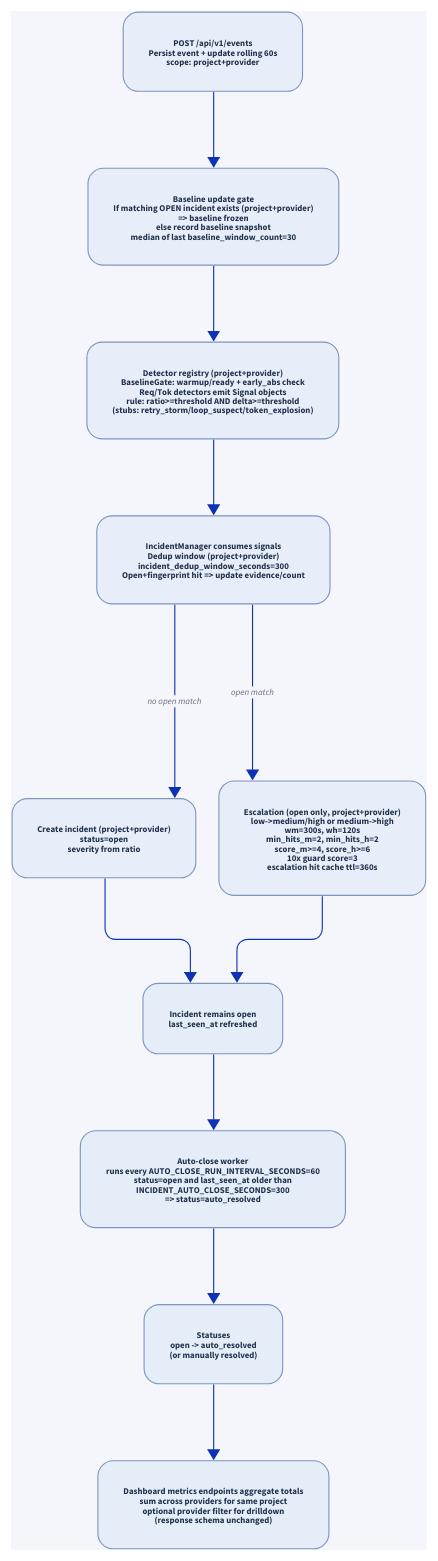
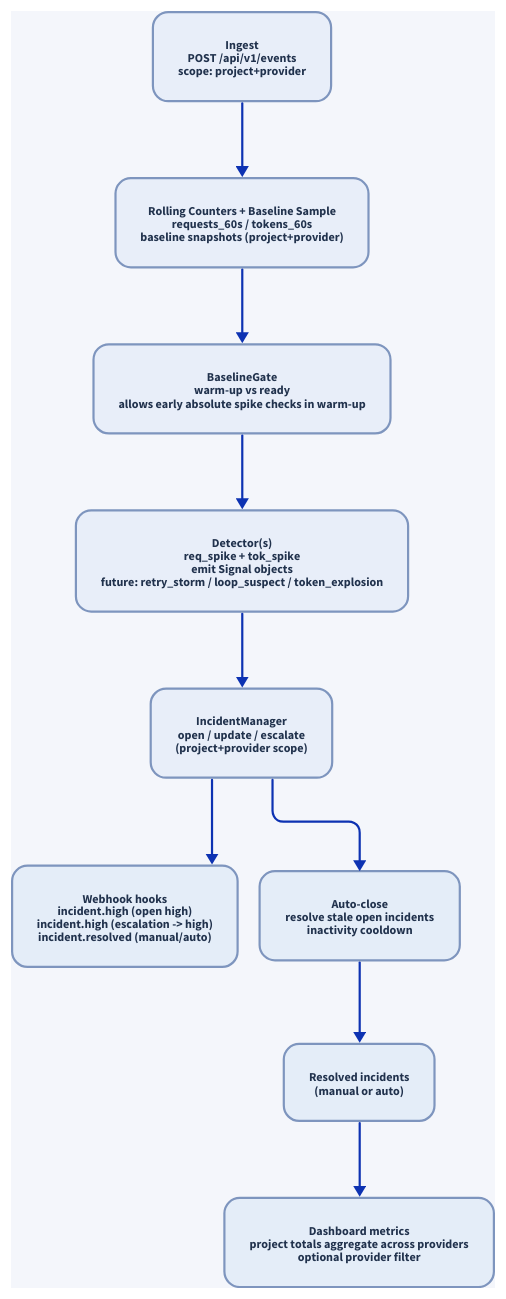
The diagram in docs/architecture/incident_flow.d2 (MichaelTelvin/Rheonic), drawn with D2 before and after one commit. The commit also changed 16 other files, not shown here.

```diff
--- a/docs/architecture/incident_flow.d2
+++ b/docs/architecture/incident_flow.d2
@@ -1,184 +1,112 @@
 direction: down
 
 vars: {
   d2-config: {
     pad: 22
     sketch: false
     layout-engine: elk
   }
 }
 
 style: {
   fill: "#f4f6fb"
 }
 
-ingest: "POST /api/v1/events\nPersist event + update rolling 60s\nscope: project+provider" {
+ingest: "Ingest\nPOST /api/v1/events\nscope: project+provider" {
   style: {
     fill: "#e8eef9"
     stroke: "#7e95be"
     font-color: "#21324d"
     border-radius: 14
-    font-size: 8
-    stroke-width: 1
+    font-size: 11
   }
 }
 
-baseline: "Baseline update gate\nIf matching OPEN incident exists (project+provider)\n=> baseline frozen\nelse record baseline snapshot\nmedian of last baseline_window_count=30" {
+counters: "Rolling Counters + Baseline Sample\nrequests_60s / tokens_60s\nbaseline snapshots (project+provider)" {
   style: {
     fill: "#e8eef9"
     stroke: "#7e95be"
     font-color: "#21324d"
     border-radius: 14
-    font-size: 8
-    stroke-width: 1
+    font-size: 11
   }
 }
 
-detect: "Detector registry (project+provider)\nBaselineGate: warmup/ready + early_abs check\nReq/Tok detectors emit Signal objects\nrule: ratio>=threshold AND delta>=threshold\n(stubs: retry_storm/loop_suspect/token_explosion)" {
+gate: "BaselineGate\nwarm-up vs ready\nallows early absolute spike checks in warm-up" {
   style: {
     fill: "#e8eef9"
     stroke: "#7e95be"
     font-color: "#21324d"
     border-radius: 14
-    font-size: 8
-    stroke-width: 1
+    font-size: 11
   }
 }
 
-dedup: "IncidentManager consumes signals\nDedup window (project+provider)\nincident_dedup_window_seconds=300\nOpen+fingerprint hit => update evidence/count" {
+detectors: "Detector(s)\nreq_spike + tok_spike\nemit Signal objects\nfuture: retry_storm / loop_suspect / token_explosion" {
   style: {
     fill: "#e8eef9"
     stroke: "#7e95be"
     font-color: "#21324d"
     border-radius: 14
-    font-size: 8
-    stroke-width: 1
+    font-size: 11
   }
 }
 
-create: "Create incident (project+provider)\nstatus=open\nseverity from ratio" {
+incident_manager: "IncidentManager\nopen / update / escalate\n(project+provider scope)" {
   style: {
     fill: "#e8eef9"
     stroke: "#7e95be"
     font-color: "#21324d"
     border-radius: 14
-    font-size: 8
-    stroke-width: 1
+    font-size: 11
   }
 }
 
-escalate: "Escalation (open only, project+provider)\nlow->medium/high or medium->high\nwm=300s, wh=120s\nmin_hits_m=2, min_hits_h=2\nscore_m>=4, score_h>=6\n10x guard score=3\nescalation hit cache ttl=360s" {
-  style: {
-    fill: "#e8eef9"
-    stroke: "#7e95be"
-    font-color: "#21324d"
-    border-radius: 14
-    font-size: 8
-    stroke-width: 1
-  }
-}
-
-keep_open: "Incident remains open\nlast_seen_at refreshed" {
+webhooks: "Webhook hooks\nincident.high (open high)\nincident.high (escalation -> high)\nincident.resolved (manual/auto)" {
   style: {
     fill: "#e4edf8"
     stroke: "#7e95be"
     font-color: "#21324d"
     border-radius: 14
-    font-size: 8
-    stroke-width: 1
+    font-size: 11
   }
 }
 
-auto_close: "Auto-close worker\nruns every AUTO_CLOSE_RUN_INTERVAL_SECONDS=60\nstatus=open and last_seen_at older than\nINCIDENT_AUTO_CLOSE_SECONDS=300\n=> status=auto_resolved" {
+autoclose: "Auto-close\nresolve stale open incidents\ninactivity cooldown" {
   style: {
     fill: "#e4edf8"
     stroke: "#7e95be"
     font-color: "#21324d"
     border-radius: 14
-    font-size: 8
-    stroke-width: 1
+    font-size: 11
   }
 }
 
-resolved: "Statuses\nopen -> auto_resolved\n(or manually resolved)" {
+resolved: "Resolved incidents\n(manual or auto)" {
   style: {
     fill: "#e4edf8"
     stroke: "#7e95be"
     font-color: "#21324d"
     border-radius: 14
-    font-size: 8
-    stroke-width: 1
+    font-size: 11
   }
 }
 
-aggregate: "Dashboard metrics endpoints aggregate totals\nsum across providers for same project\noptional provider filter for drilldown\n(response schema unchanged)" {
+dashboard: "Dashboard metrics\nproject totals aggregate across providers\noptional provider filter" {
   style: {
     fill: "#e4edf8"
     stroke: "#7e95be"
     font-color: "#21324d"
     border-radius: 14
-    font-size: 8
-    stroke-width: 1
+    font-size: 11
   }
 }
 
-ingest -> baseline: {
-  style: {
-    stroke-width: 1
-    font-size: 8
-  }
-}
-baseline -> detect: {
-  style: {
-    stroke-width: 1
-    font-size: 8
-  }
-}
-detect -> dedup: {
-  style: {
-    stroke-width: 1
-    font-size: 8
-  }
-}
-dedup -> create: "no open match" {
-  style: {
-    stroke-width: 1
-    font-size: 8
-  }
-}
-dedup -> escalate: "open match" {
-  style: {
-    stroke-width: 1
-    font-size: 8
-  }
-}
-create -> keep_open: {
-  style: {
-    stroke-width: 1
-    font-size: 8
-  }
-}
-escalate -> keep_open: {
-  style: {
-    stroke-width: 1
-    font-size: 8
-  }
-}
-keep_open -> auto_close: {
-  style: {
-    stroke-width: 1
-    font-size: 8
-  }
-}
-auto_close -> resolved: {
-  style: {
-    stroke-width: 1
-    font-size: 8
-  }
-}
-resolved -> aggregate: {
-  style: {
-    stroke-width: 1
-    font-size: 8
-  }
-}
+ingest -> counters
+counters -> gate
+gate -> detectors
+detectors -> incident_manager
+incident_manager -> webhooks
+incident_manager -> autoclose
+autoclose -> resolved
+resolved -> dashboard
```
